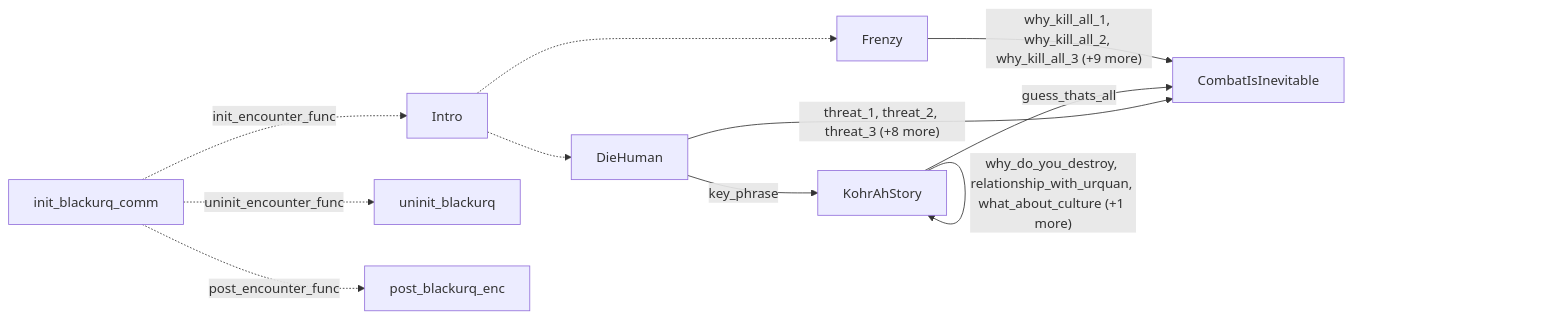
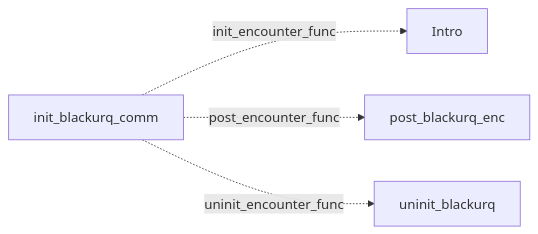
Before and after one commit to yost-jacob/uqm-cpp17: the diagram in docs/design/conversation/catalog/blackur.md, drawn with Mermaid. The commit also changed other lines of this file and 81 other files, not shown here.

Commit message:
Integrate live conversation graphs and migrate four scripts to JSON

````diff
--- a/docs/design/conversation/catalog/blackur.md
+++ b/docs/design/conversation/catalog/blackur.md
@@ -23,21 +23,10 @@
 ```mermaid
 flowchart LR
-    n0["CombatIsInevitable"]
-    n1["Frenzy"]
-    n2["KohrAhStory"]
-    n3["DieHuman"]
-    n4["Intro"]
-    n5["uninit_blackurq"]
-    n6["post_blackurq_enc"]
-    n7["init_blackurq_comm"]
-    n1 -->|"why_kill_all_1, why_kill_all_2, why_kill_all_3 (+9 more)"| n0
-    n2 -->|"why_do_you_destroy, relationship_with_urquan, what_about_culture (+1 more)"| n2
-    n2 -->|"guess_thats_all"| n0
-    n3 -->|"threat_1, threat_2, threat_3 (+8 more)"| n0
-    n3 -->|"key_phrase"| n2
-    n4 -.-> n1
-    n4 -.-> n3
-    n7 -. "init_encounter_func" .-> n4
-    n7 -. "post_encounter_func" .-> n6
-    n7 -. "uninit_encounter_func" .-> n5
+    n0["Intro"]
+    n1["uninit_blackurq"]
+    n2["post_blackurq_enc"]
+    n3["init_blackurq_comm"]
+    n3 -. "init_encounter_func" .-> n0
+    n3 -. "post_encounter_func" .-> n2
+    n3 -. "uninit_encounter_func" .-> n1
 ```
````
